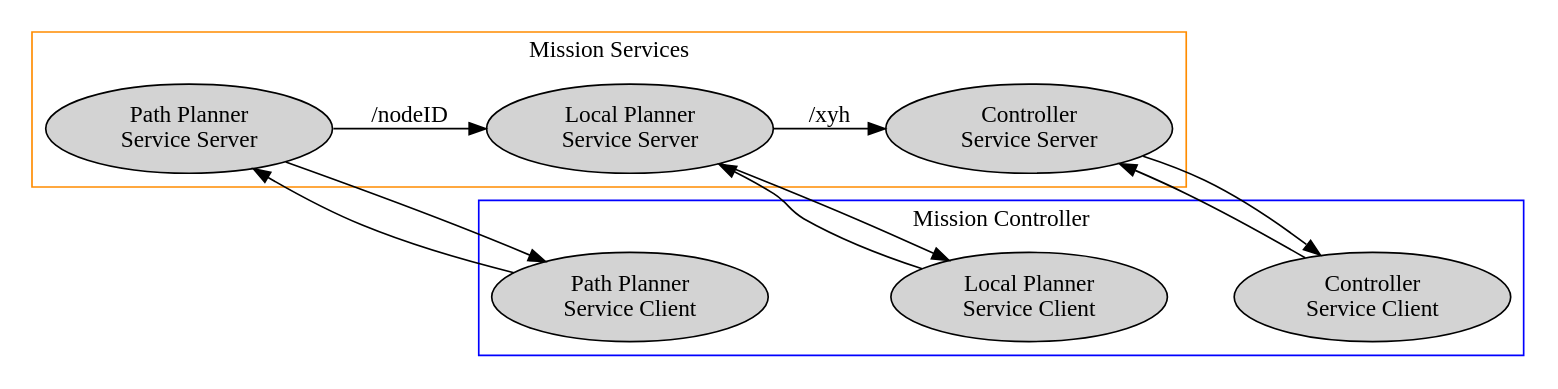
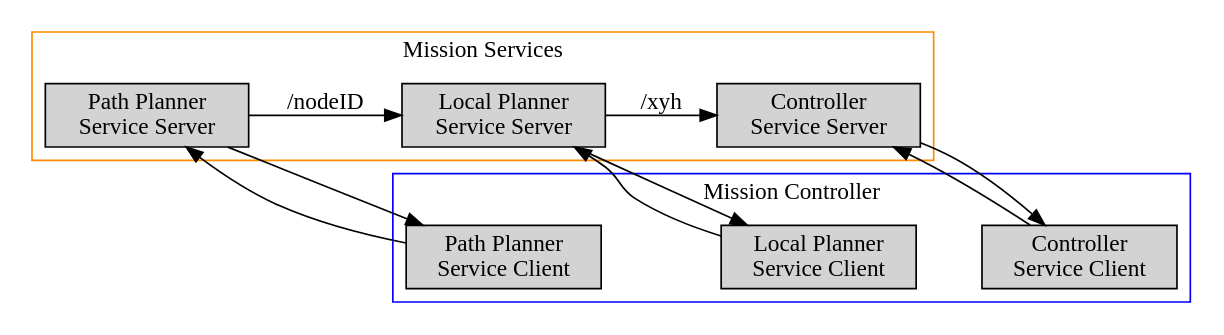
The diagram in mission_controller_old.dot (AlaaAlassi/graphviz), drawn with Graphviz before and after one commit. The commit also changed 1 other file, not shown here.

Commit message:
chnage it to box

```diff
--- a/mission_controller_old.dot
+++ b/mission_controller_old.dot
@@ -1,44 +1,44 @@
 digraph StateHandlers {
     // Define the nodes (leafs and control nodes)
     rankdir=LR
     // Circular leaf nodes
-    node [shape=ellipse, style=filled, fillcolor=lightgray]; // Set the default shape to circle and specify style and fill color for leaf nodes
+    node [shape=box, style=filled, fillcolor=lightgray]; // Set the default shape to circle and specify style and fill color for leaf nodes
 
     // Leaf nodes
     PP_Server [label="Path Planner\nService Server"];
     LP_Server [label="Local Planner\nService Server"];
     Controller [label="Controller\nService Server"]; // You can specify the actual action here
 
         // Leaf nodes
     PP_Client [label="Path Planner\nService Client"];
     LP_Client [label="Local Planner\nService Client"];
     Controller_Client [label="Controller\nService Client"]; // You can specify the actual action here
 
     
     subgraph cluster_1 {
         node [style=filled];
         PP_Client LP_Client Controller_Client;
         label = "Mission Controller";
         color=blue;
         PP_Client -> LP_Client -> Controller_Client [rank=same, dir=none, style=invis];
     }
     
     
     
     subgraph cluster_2 {
         node [style=filled];
         PP_Server LP_Server Controller;
         label = "Mission Services";
         color=darkorange;
             // Define the edges between nodes
         PP_Server -> LP_Server [label="/nodeID"];
         LP_Server -> Controller [label="/xyh"];
     }
 
 
 
     PP_Client -> PP_Server ;PP_Server -> PP_Client; 
     LP_Client -> LP_Server; LP_Server -> LP_Client;
     Controller_Client -> Controller; Controller-> Controller_Client;
 
 }
```
